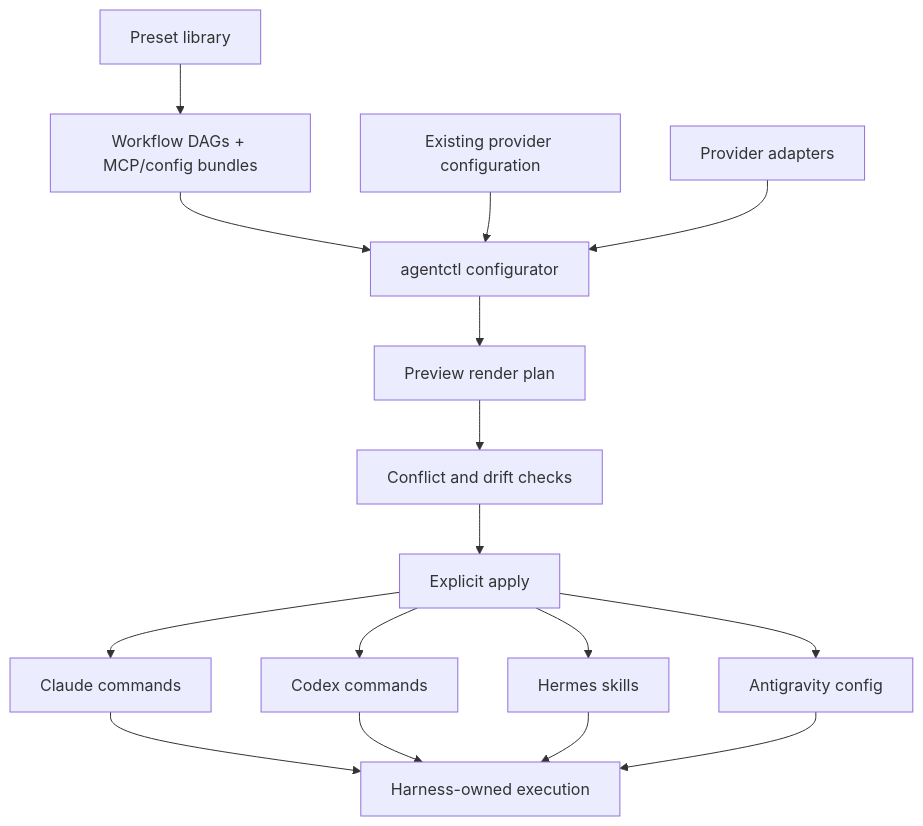
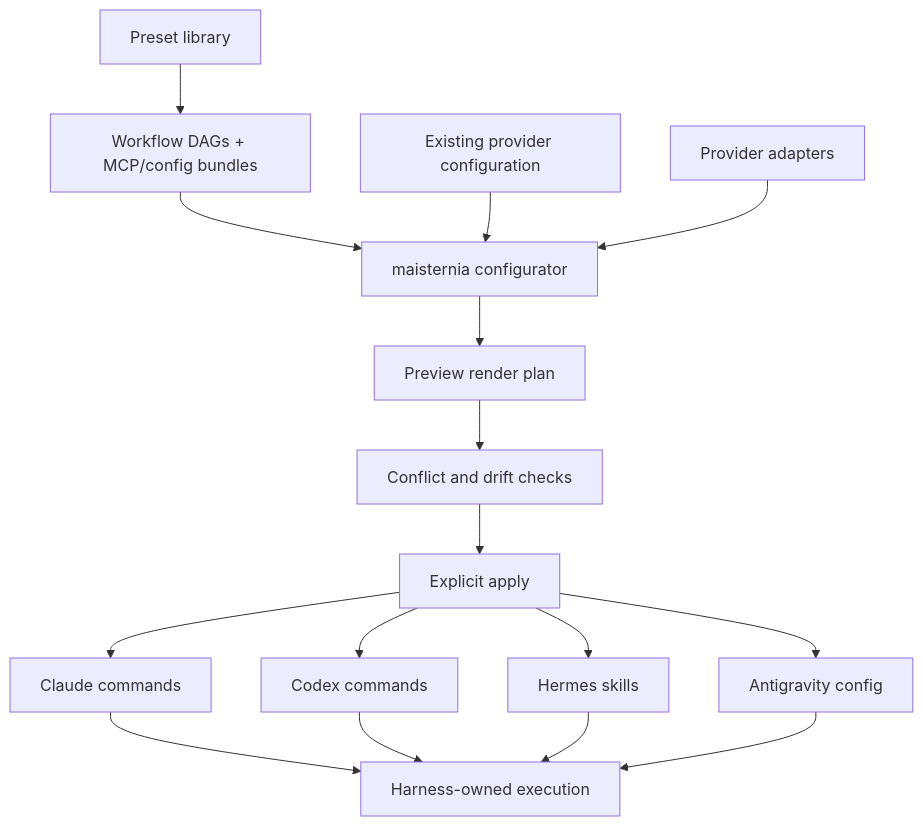
Before and after one commit to riidii-md/agentnyk-maisternia: the diagram in docs/WORKFLOW.md, drawn with Mermaid. The commit also changed other lines of this file and 101 other files, not shown here.

````diff
--- a/docs/WORKFLOW.md
+++ b/docs/WORKFLOW.md
@@ -189,18 +189,18 @@
 ```mermaid
 flowchart TD
     L[Preset library] --> D[Workflow DAGs + MCP/config bundles]
-    D --> C[agentctl configurator]
+    D --> C[maisternia configurator]
     E[Existing provider configuration] --> C
     A[Provider adapters] --> C
     C --> P[Preview render plan]
     P --> X[Conflict and drift checks]
     X --> I[Explicit apply]
     I --> CC[Claude commands]
     I --> CX[Codex commands]
     I --> H[Hermes skills]
     I --> AGY[Antigravity config]
     CC --> R[Harness-owned execution]
     CX --> R
     H --> R
     AGY --> R
 ```
````
